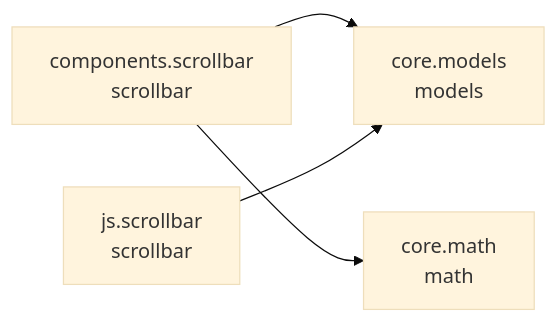
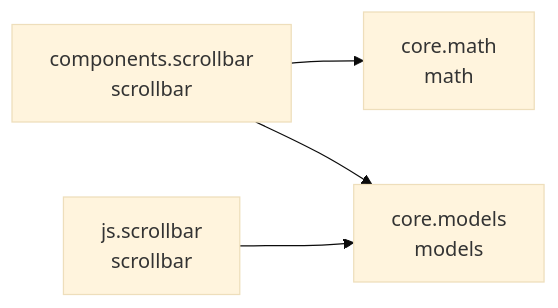
The diagram in README.md (cj-mills/cjm-fasthtml-virtual-scrollbar), drawn with Mermaid (base theme) before and after one commit. The commit also changed other lines of this file and 9 other files, not shown here.

````diff
--- a/README.md
+++ b/README.md
@@ -27,11 +27,11 @@
 ``` mermaid
 graph LR
     components_scrollbar[components.scrollbar<br/>scrollbar]
     core_math[core.math<br/>math]
     core_models[core.models<br/>models]
     js_scrollbar[js.scrollbar<br/>scrollbar]
 
+    components_scrollbar --> core_math
     components_scrollbar --> core_models
-    components_scrollbar --> core_math
     js_scrollbar --> core_models
 ```
````
